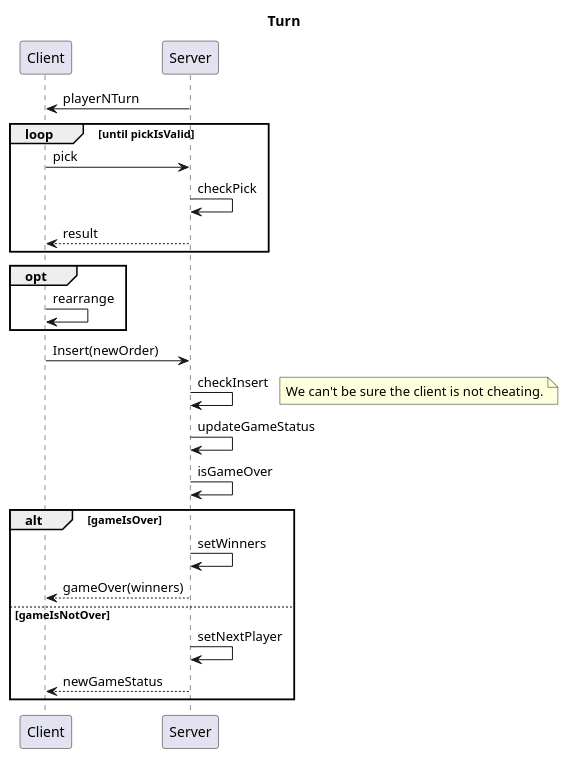
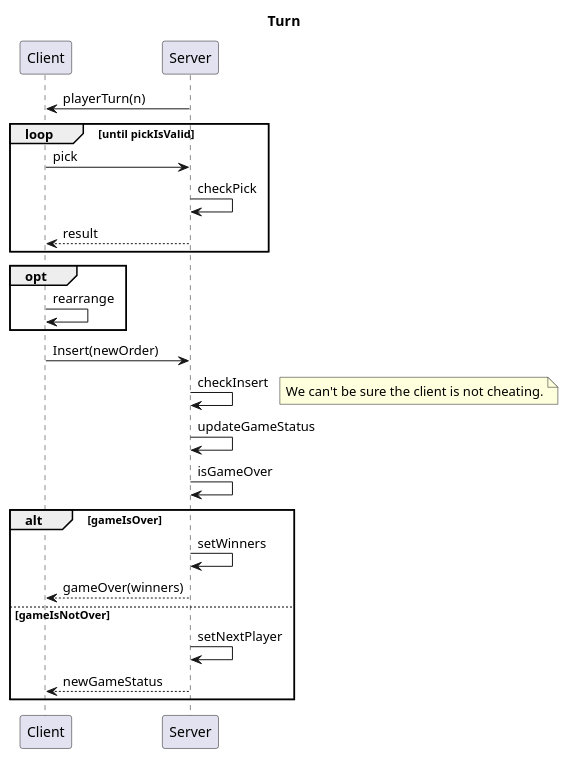
The diagram in docs/Sequence diagrams/Turn.puml (dltmtt/IS23-AM13), drawn with PlantUML before and after one commit. The commit also changed 1 other file, not shown here.

```diff
--- a/docs/Sequence diagrams/Turn.puml
+++ b/docs/Sequence diagrams/Turn.puml
@@ -1,37 +1,37 @@
 @startuml
 'https://plantuml.com/sequence-diagram
 'https://plantuml.com/commons
 
 title Turn
 
 participant Client
 participant Server
 
-Client <- Server: playerNTurn
+Client <- Server: playerTurn(n)
 
 loop until pickIsValid
     Client -> Server: pick
     Server -> Server: checkPick
     Client <-- Server: result
 end
 
 opt
     Client -> Client: rearrange
 end
 
 Client -> Server: Insert(newOrder)
 Server -> Server: checkInsert
 note right: We can't be sure the client is not cheating.
 'Maybe we should check if the items are the same as before
 
 Server -> Server: updateGameStatus
 
 Server -> Server: isGameOver
 alt gameIsOver
     Server -> Server: setWinners
     Client <-- Server: gameOver(winners)
 else gameIsNotOver
     Server -> Server: setNextPlayer
     Client <-- Server: newGameStatus
 end
 @enduml
```
